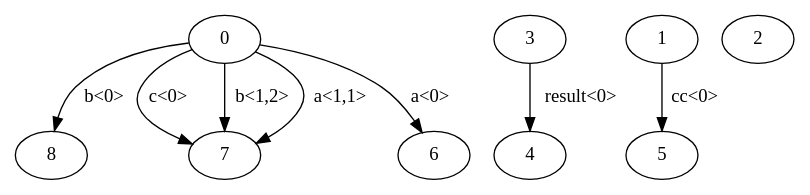
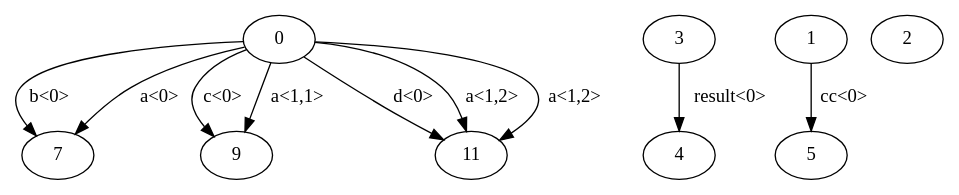
The diagram in AliasingImpl/source/test.dot (varivera/aliasing-java), drawn with Graphviz before and after one commit. The commit also changed 7 other files, not shown here.

```diff
--- a/AliasingImpl/source/test.dot
+++ b/AliasingImpl/source/test.dot
@@ -1,18 +1,20 @@
 digraph G {
-n0->n8 [label="b<0>"]
-n0->n7 [label="c<0>"]
-n0->n7 [label="b<1,2>"]
-n0->n7 [label="a<1,1>"]
-n0->n6 [label="a<0>"]
+n0->n7 [label="b<0>"]
+n0->n9 [label="c<0>"]
+n0->n11 [label="d<0>"]
+n0->n9 [label="a<1,1>"]
+n0->n11 [label="a<1,2>"]
+n0->n11 [label="a<1,2>"]
+n0->n7 [label="a<0>"]
 n0[label="0"]
-n6[label="6"]
 n7[label="7"]
-n8[label="8"]
+n9[label="9"]
+n11[label="11"]
 n3->n4 [label="result<0>"]
 n3[label="3"]
 n4[label="4"]
 n1->n5 [label="cc<0>"]
 n1[label="1"]
 n5[label="5"]
 n2[label="2"]
 }
```
